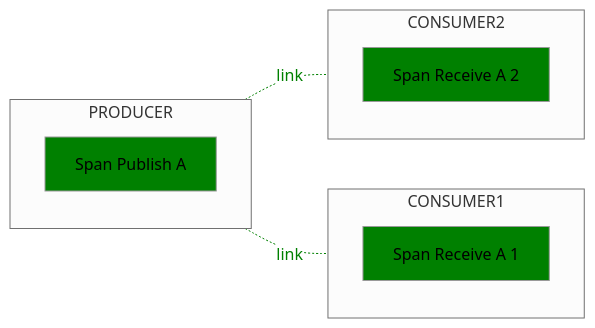
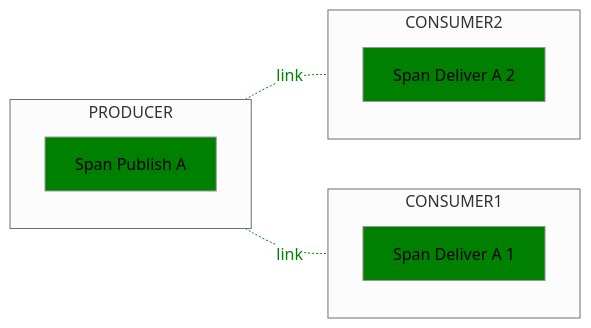
One commit to open-telemetry/semantic-conventions changed the first of 2 diagrams in docs/messaging/messaging-spans.md. Above: the diagram before and after it, drawn with Mermaid (neutral theme). The commit also changed other lines of this file, not shown here.

````diff
--- a/docs/messaging/messaging-spans.md
+++ b/docs/messaging/messaging-spans.md
@@ -429,21 +429,21 @@
 ```mermaid
 flowchart LR;
   subgraph PRODUCER
   direction TB
   P[Span Publish A]
   end
   subgraph CONSUMER1
   direction TB
-  R1[Span Receive A 1]
+  R1[Span Deliver A 1]
   end
   subgraph CONSUMER2
   direction TB
-  R2[Span Receive A 2]
+  R2[Span Deliver A 2]
   end
   P-. link .-R1;
   P-. link .-R2;
 
   classDef normal fill:green
   class P,R1,R2 normal
   linkStyle 0,1 color:green,stroke:green
 ```
````
